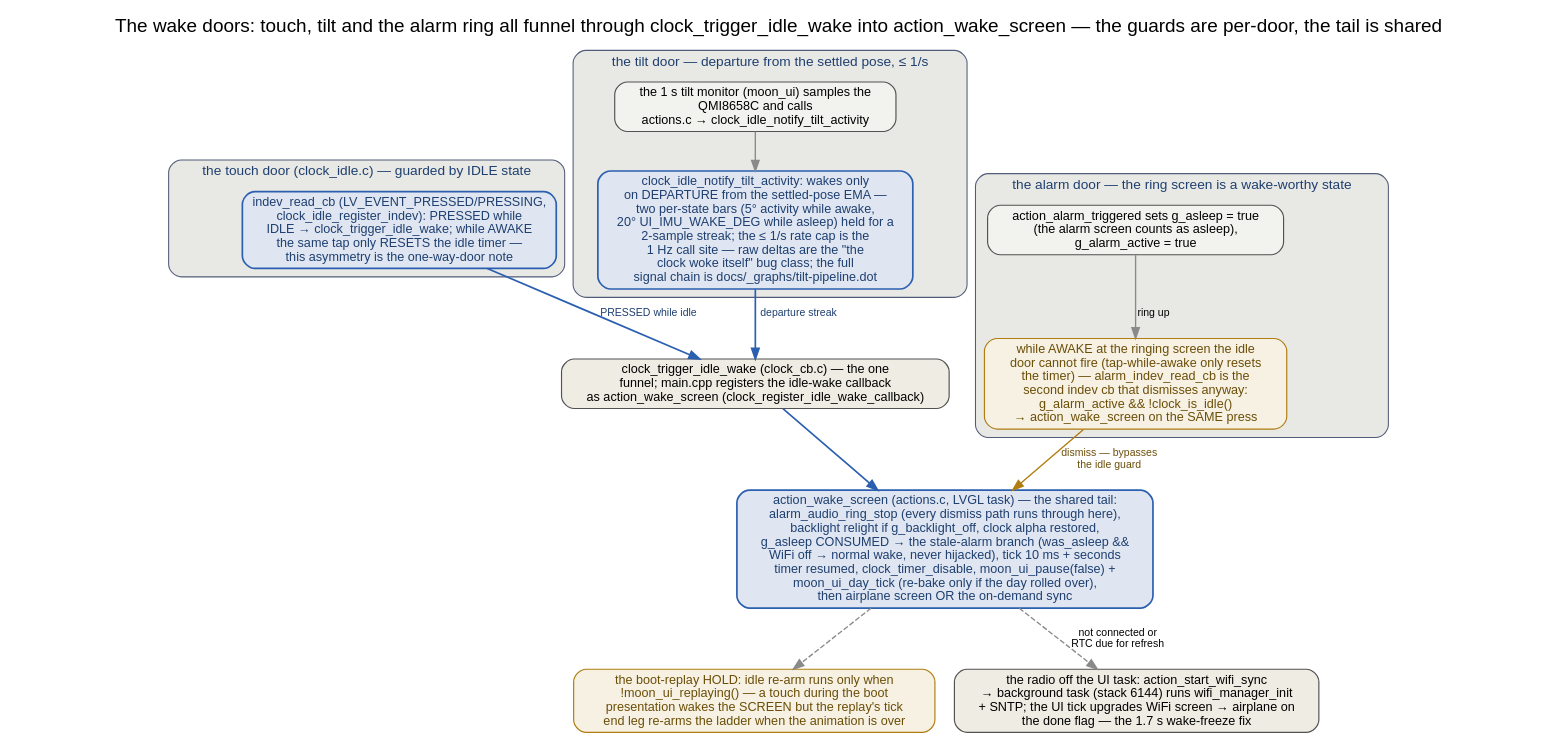
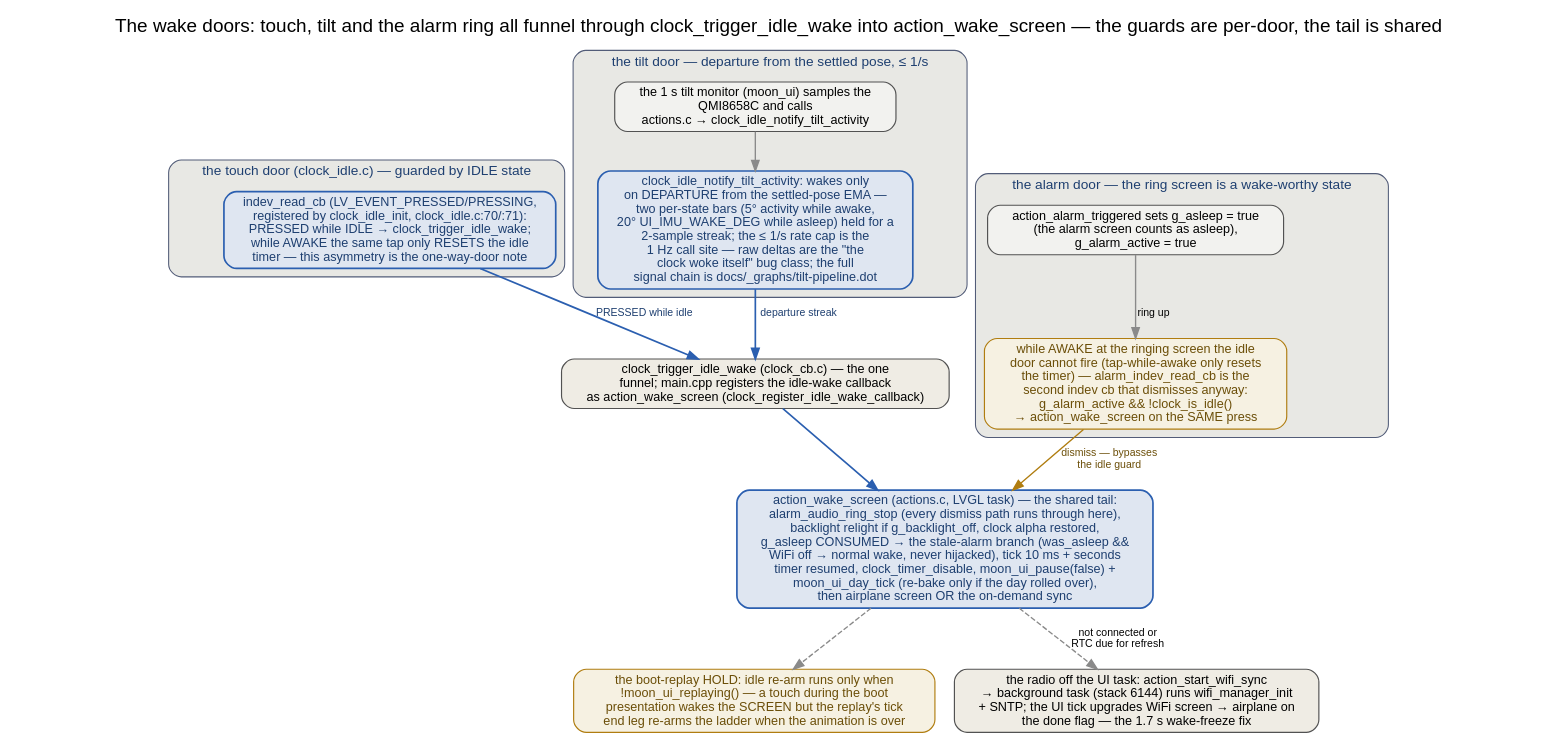
The diagram in docs/_graphs/wake-doors.dot (ukos-git/moon-clock-esp), drawn with Graphviz before and after one commit. The commit also changed 9 other files, not shown here.

```diff
--- a/docs/_graphs/wake-doors.dot
+++ b/docs/_graphs/wake-doors.dot
@@ -1,73 +1,73 @@
 // The three wake doors and the one shared tail — which code guards each
 // door, and what action_wake_screen does with the press. Every edge
 // verified in components/clock/clock_idle.c, clock_cb.c, main/main.cpp
 // and components/ui/actions.c.
 // Rendered inline as SVG by sphinx.ext.graphviz (dot on PATH).
 digraph wake_doors {
     label="The wake doors: touch, tilt and the alarm ring all funnel through clock_trigger_idle_wake into action_wake_screen — the guards are per-door, the tail is shared";
     labelloc="t";
     fontname="Helvetica"; fontsize=18;
     node [fontname="Helvetica", fontsize=12, style="rounded,filled",
           shape=box, width=1.8, height=0.5,
           fillcolor="#f2f2ef", color="#525252", penwidth=1.1];
     edge [fontname="Helvetica", fontsize=10, color="#8a8a8a", penwidth=1.3];
 
     subgraph cluster_touch {
         label="the touch door (clock_idle.c) — guarded by IDLE state";
         labeljust="l";
         style="rounded,filled";
         fillcolor="#e8e8e4";
         color="#525c78";
         fontsize=13; fontcolor="#1e3f70";
 
-        tap [label="indev_read_cb (LV_EVENT_PRESSED/PRESSING,\nclock_idle_register_indev): PRESSED while\nIDLE → clock_trigger_idle_wake; while AWAKE\nthe same tap only RESETS the idle timer —\nthis asymmetry is the one-way-door note",
+        tap [label="indev_read_cb (LV_EVENT_PRESSED/PRESSING,\nregistered by clock_idle_init, clock_idle.c:70/:71):\nPRESSED while IDLE → clock_trigger_idle_wake;\nwhile AWAKE the same tap only RESETS the idle\ntimer — this asymmetry is the one-way-door note",
              fillcolor="#dfe6f1", color="#2b5fb0", fontcolor="#1e3f70", penwidth=1.6];
     }
 
     subgraph cluster_tilt {
         label="the tilt door — departure from the settled pose, ≤ 1/s";
         labeljust="l";
         style="rounded,filled";
         fillcolor="#e8e8e4";
         color="#525c78";
         fontsize=13; fontcolor="#1e3f70";
 
         monitor [label="the 1 s tilt monitor (moon_ui) samples the\nQMI8658C and calls\nactions.c → clock_idle_notify_tilt_activity"];
         depart [label="clock_idle_notify_tilt_activity: wakes only\non DEPARTURE from the settled-pose EMA —\ntwo per-state bars (5° activity while awake,\n20° UI_IMU_WAKE_DEG while asleep) held for a\n2-sample streak; the ≤ 1/s rate cap is the\n1 Hz call site — raw deltas are the \"the\nclock woke itself\" bug class; the full\nsignal chain is docs/_graphs/tilt-pipeline.dot",
                   fillcolor="#dfe6f1", color="#2b5fb0", fontcolor="#1e3f70", penwidth=1.6];
     }
 
     subgraph cluster_alarm {
         label="the alarm door — the ring screen is a wake-worthy state";
         labeljust="l";
         style="rounded,filled";
         fillcolor="#e8e8e4";
         color="#525c78";
         fontsize=13; fontcolor="#1e3f70";
 
         rang [label="action_alarm_triggered sets g_asleep = true\n(the alarm screen counts as asleep),\ng_alarm_active = true"];
         bypas [label="while AWAKE at the ringing screen the idle\ndoor cannot fire (tap-while-awake only resets\nthe timer) — alarm_indev_read_cb is the\nsecond indev cb that dismisses anyway:\ng_alarm_active && !clock_is_idle()\n→ action_wake_screen on the SAME press",
                   fillcolor="#f6f1e2", color="#b07d10", fontcolor="#6b4e08"];
     }
 
     trigger [label="clock_trigger_idle_wake (clock_cb.c) — the one\nfunnel; main.cpp registers the idle-wake callback\nas action_wake_screen (clock_register_idle_wake_callback)",
              fillcolor="#efece4"];
 
     wake [label="action_wake_screen (actions.c, LVGL task) — the shared tail:\nalarm_audio_ring_stop (every dismiss path runs through here),\nbacklight relight if g_backlight_off, clock alpha restored,\ng_asleep CONSUMED → the stale-alarm branch (was_asleep &&\nWiFi off → normal wake, never hijacked), tick 10 ms + seconds\ntimer resumed, clock_timer_disable, moon_ui_pause(false) +\nmoon_ui_day_tick (re-bake only if the day rolled over),\nthen airplane screen OR the on-demand sync",
           fillcolor="#dfe6f1", color="#2b5fb0", fontcolor="#1e3f70", penwidth=1.6];
 
     hold [label="the boot-replay HOLD: idle re-arm runs only when\n!moon_ui_replaying() — a touch during the boot\npresentation wakes the SCREEN but the replay's tick\nend leg re-arms the ladder when the animation is over",
            fillcolor="#f6f1e2", color="#b07d10", fontcolor="#6b4e08"];
 
     sync [label="the radio off the UI task: action_start_wifi_sync\n→ background task (stack 6144) runs wifi_manager_init\n+ SNTP; the UI tick upgrades WiFi screen → airplane on\nthe done flag — the 1.7 s wake-freeze fix",
           fillcolor="#efece4"];
 
     tap -> trigger [color="#2b5fb0", penwidth=1.6, fontcolor="#1e3f70", label="PRESSED while idle"];
     monitor -> depart;
     depart -> trigger [color="#2b5fb0", penwidth=1.6, fontcolor="#1e3f70", label="departure streak"];
     rang -> bypas [label="ring up"];
     bypas -> wake [color="#b07d10", fontcolor="#6b4e08", label="dismiss — bypasses\nthe idle guard"];
     trigger -> wake [color="#2b5fb0", penwidth=1.6, fontcolor="#1e3f70"];
     wake -> hold [style=dashed];
     wake -> sync [style=dashed, label="not connected or\nRTC due for refresh"];
 }
```
